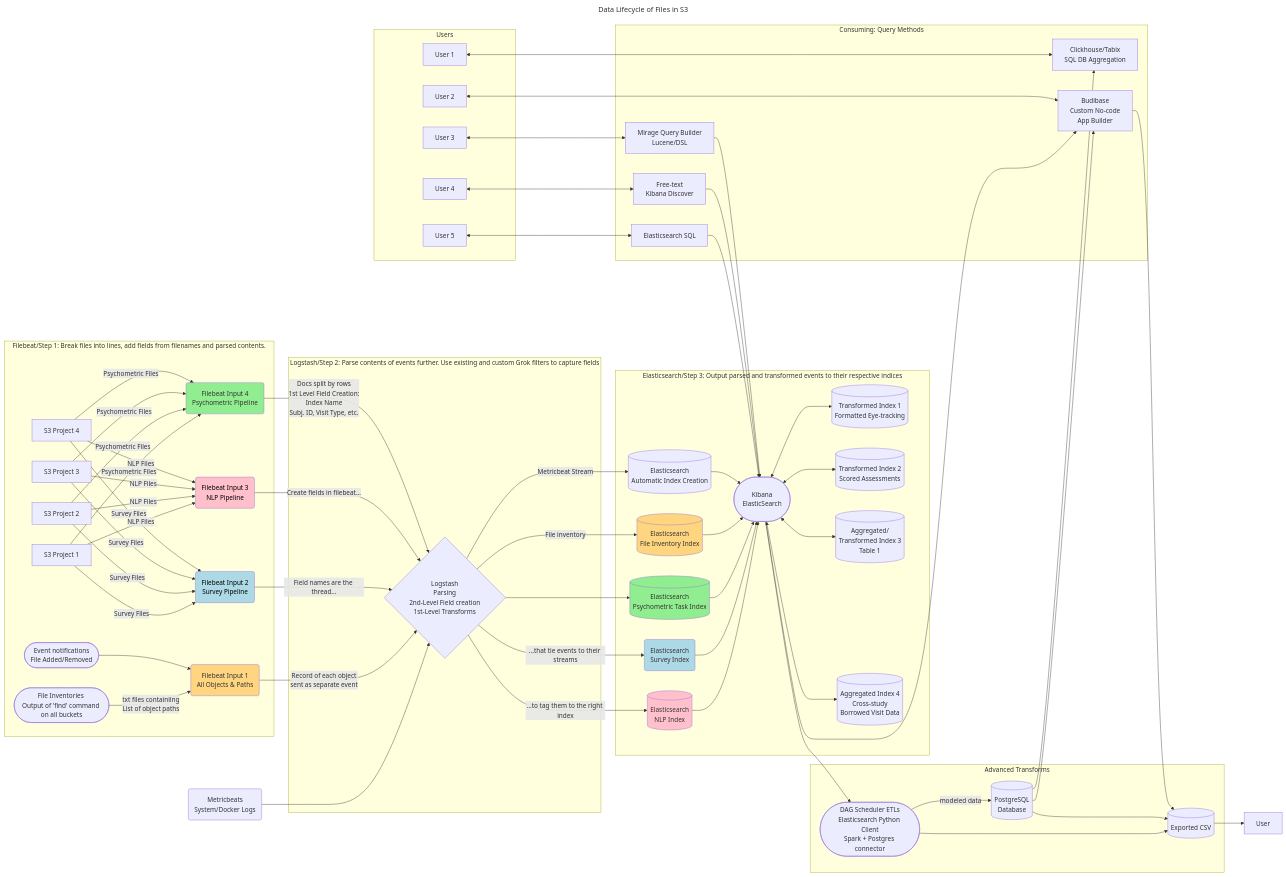
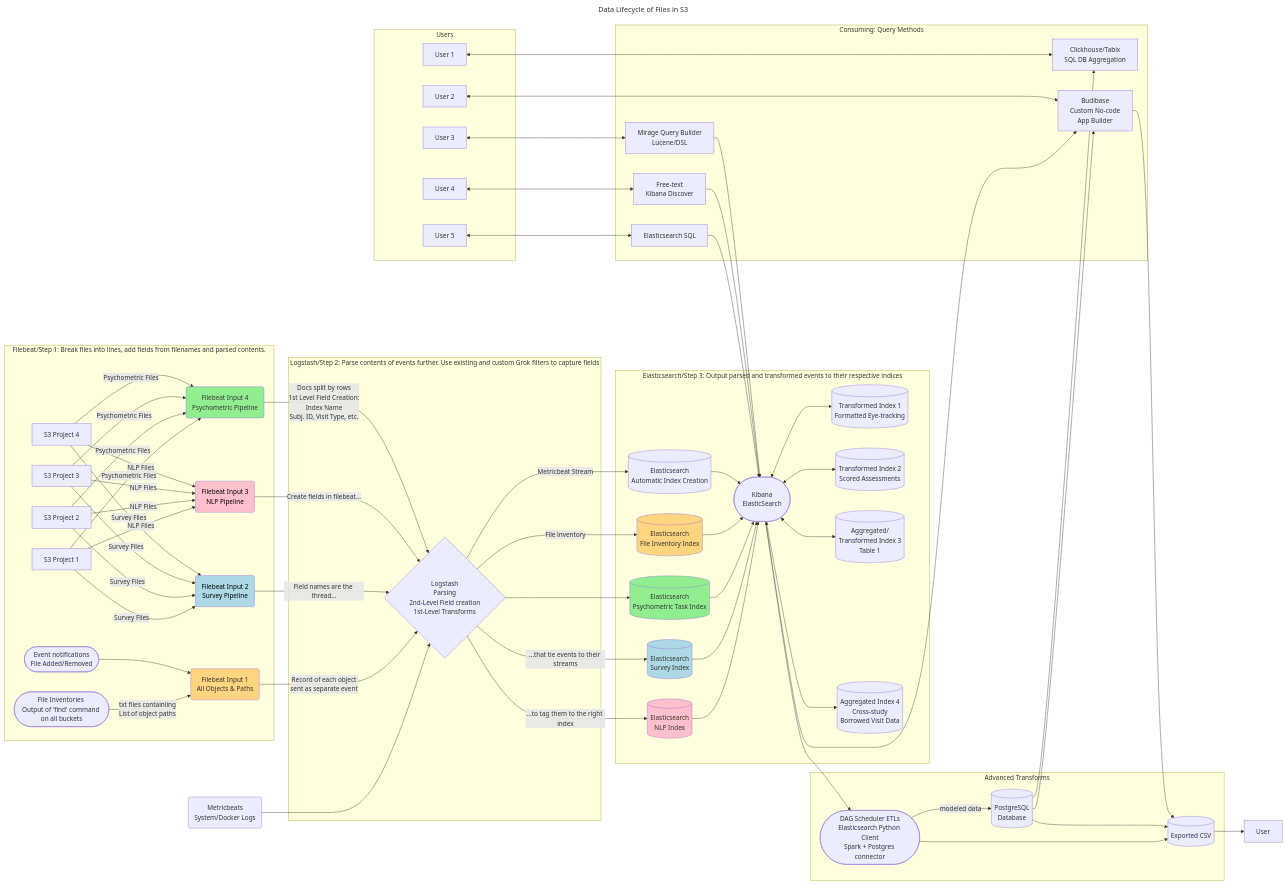
The diagram in README.md (jackgray/elastic-stack-for-data-science), drawn with Mermaid before and after one commit.

```diff
--- a/README.md
+++ b/README.md
@@ -42,7 +42,7 @@
     subgraph Elasticsearch/Kibana[Elasticsearch/Step 3: Output parsed and transformed events to their respective indices]
 
     Z -->|...to tag them to the right index| E1[(Elasticsearch \nNLP Index)]
-    Z --> |...that tie events to their streams|E2(Elasticsearch \nSurvey Index)
+    Z --> |...that tie events to their streams|E2[(Elasticsearch \nSurvey Index)]
     Z --> E3[(Elasticsearch \nPsychometric Task Index)]
     Z -->|Metricbeat Stream| E4[(Elasticsearch\nAutomatic Index Creation)]
     Z -->|File inventory|E5[(Elasticsearch\nFile Inventory Index)]
```
